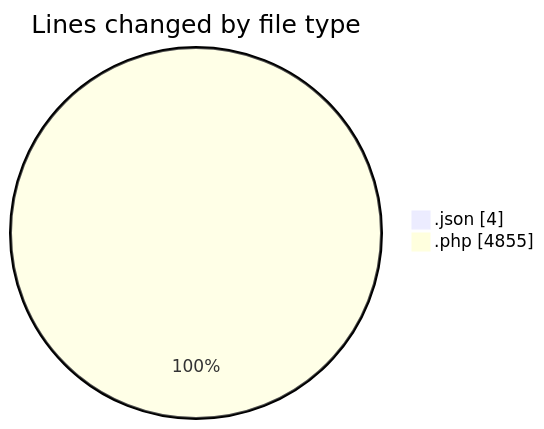
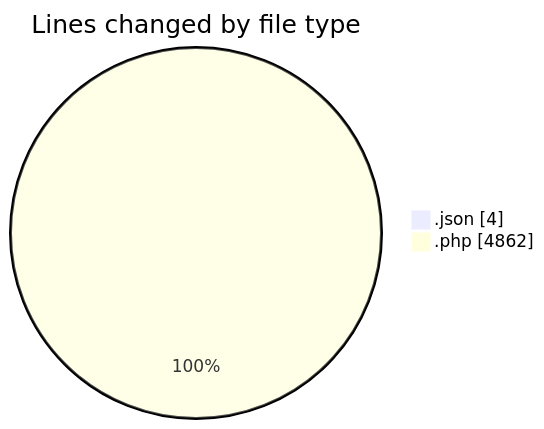
One commit to debugP/code-tracking changed the first of 2 diagrams in 2026-06-30/wp-content/README.md. Above: the diagram before and after it, drawn with Mermaid. The commit also changed other lines of this file and 1 other file, not shown here.

````diff
--- a/2026-06-30/wp-content/README.md
+++ b/2026-06-30/wp-content/README.md
@@ -40,6 +40,6 @@
 ```mermaid
 pie showData
 title Lines changed by file type
 ".json" : 4
-".php" : 4855
+".php" : 4862
 ```
````
